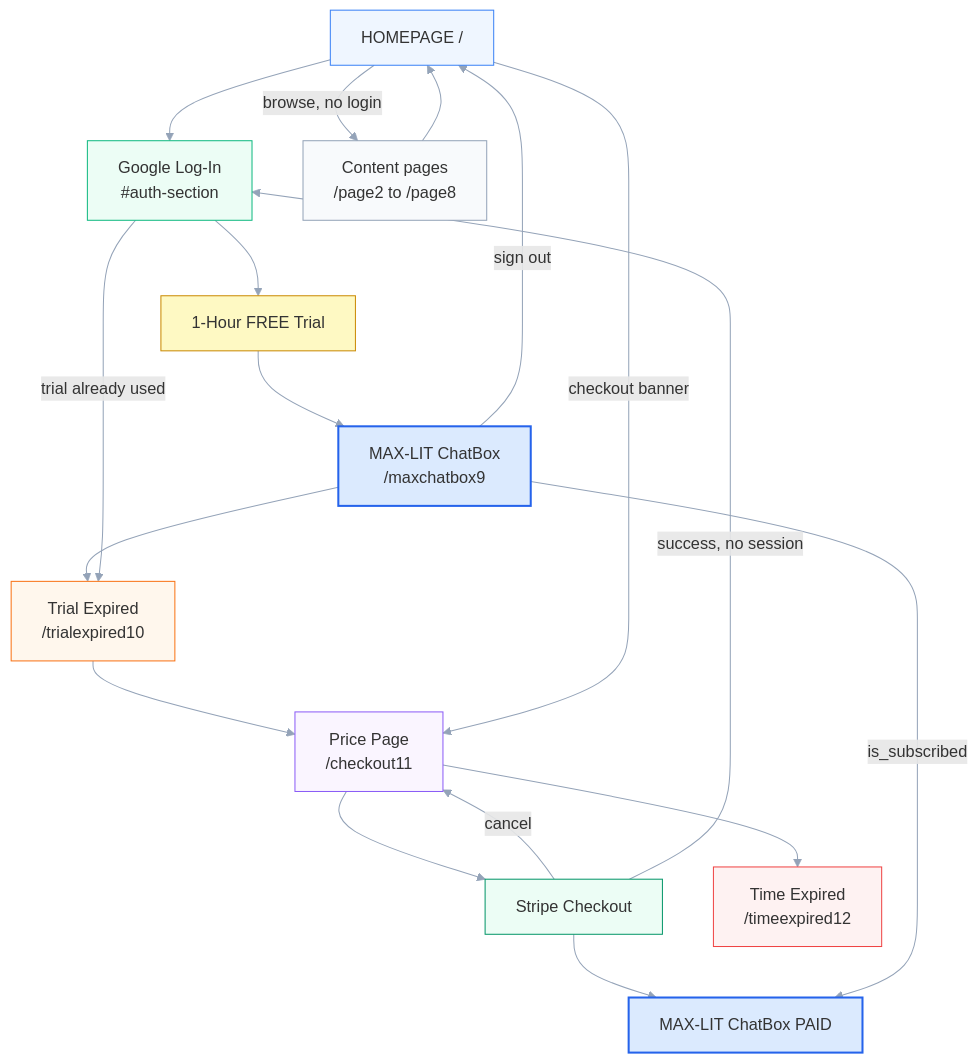
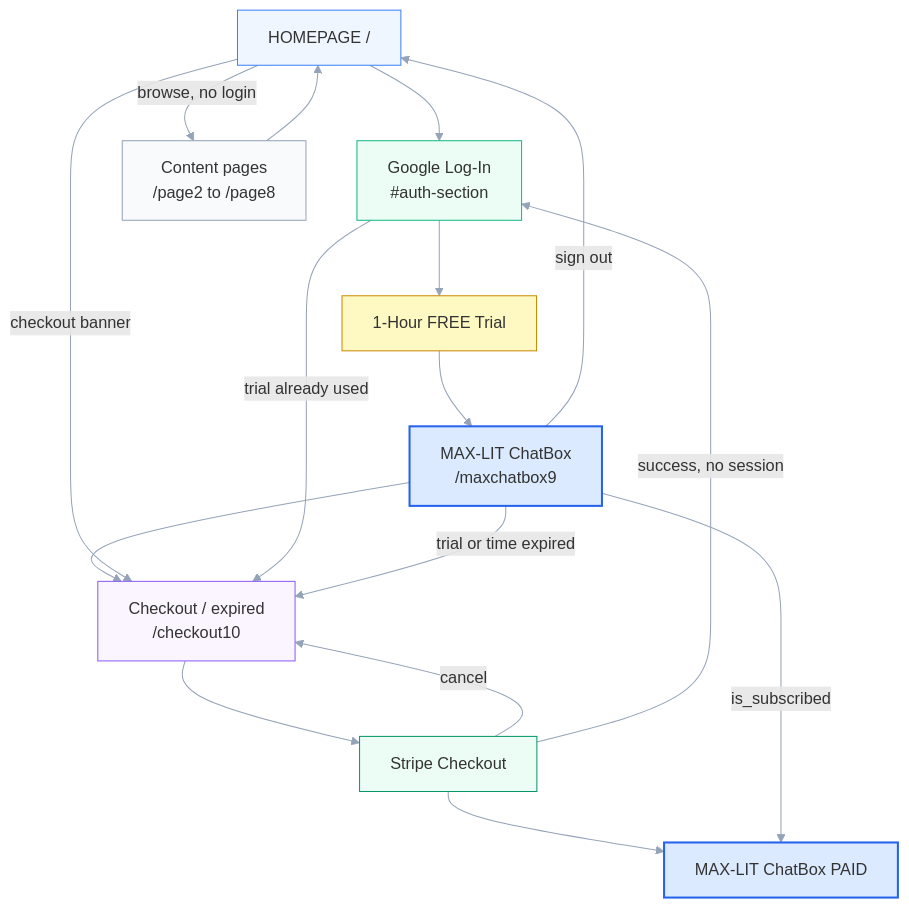
Before and after one commit to EinsteinErrorcom/EinsteinError.com: the diagram in USER-FLOWS.md, drawn with Mermaid. The commit also changed other lines of this file and 32 other files, not shown here.

````diff
--- a/USER-FLOWS.md
+++ b/USER-FLOWS.md
@@ -33,35 +31,31 @@
 ```mermaid
 flowchart TB
   Home["HOMEPAGE /"]
   Login["Google Log-In<br/>#auth-section"]
   Trial["1-Hour FREE Trial"]
   Chat["MAX-LIT ChatBox<br/>/maxchatbox9"]
-  Expired["Trial Expired<br/>/trialexpired10"]
-  Price["Price Page<br/>/checkout11"]
+  Checkout["Checkout / expired<br/>/checkout10"]
   Stripe["Stripe Checkout"]
   ChatPaid["MAX-LIT ChatBox PAID"]
-  Time["Time Expired<br/>/timeexpired12"]
   Content["Content pages<br/>/page2 to /page8"]
 
-  Home --> Login --> Trial --> Chat --> Expired --> Price --> Stripe --> ChatPaid
+  Home --> Login --> Trial --> Chat --> Checkout --> Stripe --> ChatPaid
   Home -->|"browse, no login"| Content --> Home
-  Home -->|"checkout banner"| Price
-  Login -->|"trial already used"| Expired
+  Home -->|"checkout banner"| Checkout
+  Login -->|"trial already used"| Checkout
   Chat -->|"sign out"| Home
   Chat -->|"is_subscribed"| ChatPaid
-  Stripe -->|"cancel"| Price
+  Stripe -->|"cancel"| Checkout
   Stripe -->|"success, no session"| Login
-  Price --> Time
+  Chat -->|"trial or time expired"| Checkout
 
   style Home fill:#eff6ff,stroke:#3b82f6
   style Login fill:#ecfdf5,stroke:#10b981
   style Trial fill:#fef9c3,stroke:#ca8a04
   style Chat fill:#dbeafe,stroke:#2563eb,stroke-width:2px
   style ChatPaid fill:#dbeafe,stroke:#2563eb,stroke-width:2px
-  style Expired fill:#fff7ed,stroke:#f97316
-  style Price fill:#faf5ff,stroke:#8b5cf6
+  style Checkout fill:#faf5ff,stroke:#8b5cf6
   style Stripe fill:#ecfdf5,stroke:#059669
-  style Time fill:#fef2f2,stroke:#ef4444
   style Content fill:#f8fafc,stroke:#94a3b8
   linkStyle default stroke:#94a3b8,stroke-width:1px
 ```
````
